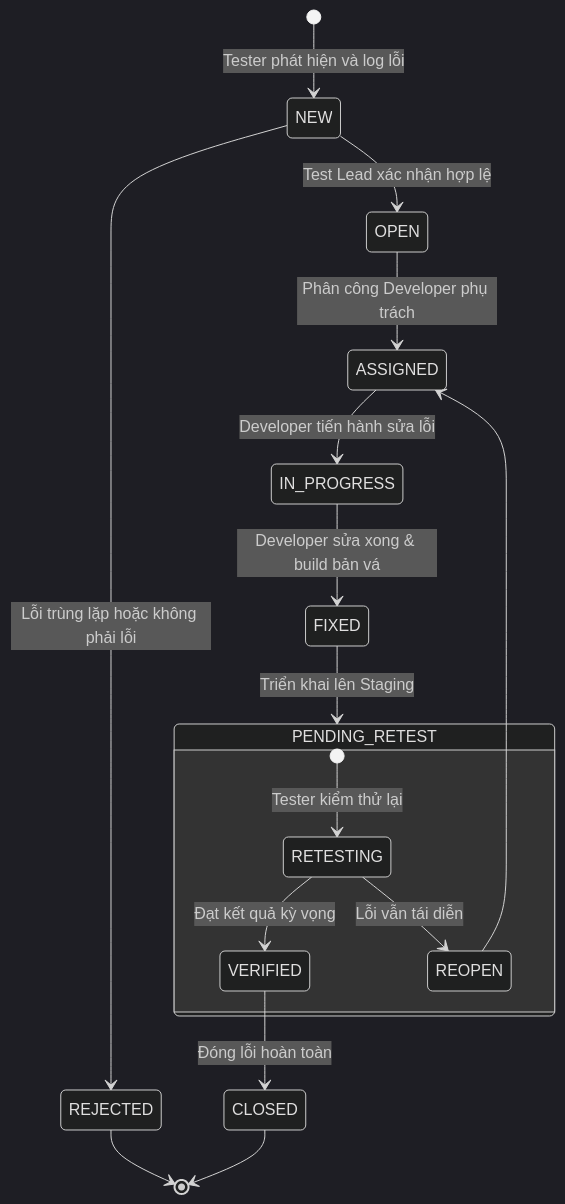
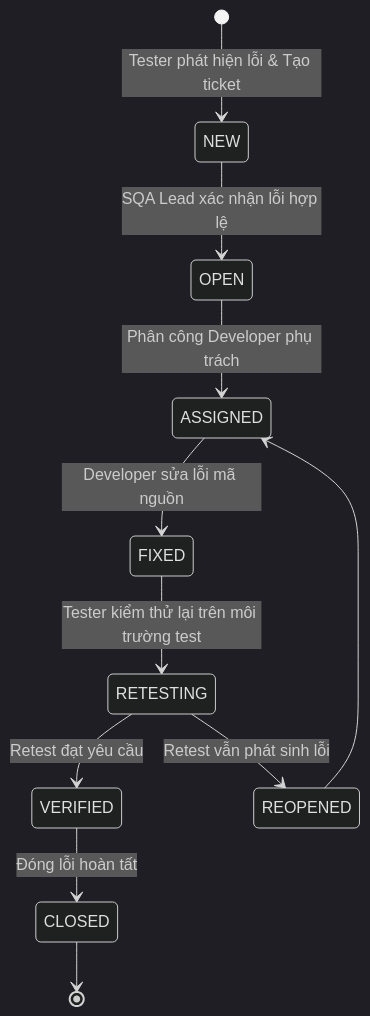
Before and after one commit to PhamQuang138/DGKTPM: the fourth of 4 diagrams in README.md, drawn with Mermaid (dark theme). The commit also changed other lines of this file, not shown here.

````diff
--- a/README.md
+++ b/README.md
@@ -1390,24 +388,13 @@
 ```mermaid
 stateDiagram-v2
-    [*] --> NEW: Tester phát hiện và log lỗi
-    NEW --> OPEN: Test Lead xác nhận hợp lệ
-    NEW --> REJECTED: Lỗi trùng lặp hoặc không phải lỗi
-    
+    [*] --> NEW: Tester phát hiện lỗi & Tạo ticket
+    NEW --> OPEN: SQA Lead xác nhận lỗi hợp lệ
     OPEN --> ASSIGNED: Phân công Developer phụ trách
-    ASSIGNED --> IN_PROGRESS: Developer tiến hành sửa lỗi
-    IN_PROGRESS --> FIXED: Developer sửa xong & build bản vá
-    
-    FIXED --> PENDING_RETEST: Triển khai lên Staging
-    
-    state PENDING_RETEST {
-        [*] --> RETESTING: Tester kiểm thử lại
-        RETESTING --> VERIFIED: Đạt kết quả kỳ vọng
-        RETESTING --> REOPEN: Lỗi vẫn tái diễn
-    }
-    
-    REOPEN --> ASSIGNED
-    VERIFIED --> CLOSED: Đóng lỗi hoàn toàn
-    
-    REJECTED --> [*]
+    ASSIGNED --> FIXED: Developer sửa lỗi mã nguồn
+    FIXED --> RETESTING: Tester kiểm thử lại trên môi trường test
+    RETESTING --> VERIFIED: Retest đạt yêu cầu
+    RETESTING --> REOPENED: Retest vẫn phát sinh lỗi
+    REOPENED --> ASSIGNED
+    VERIFIED --> CLOSED: Đóng lỗi hoàn tất
     CLOSED --> [*]
 ```
````
